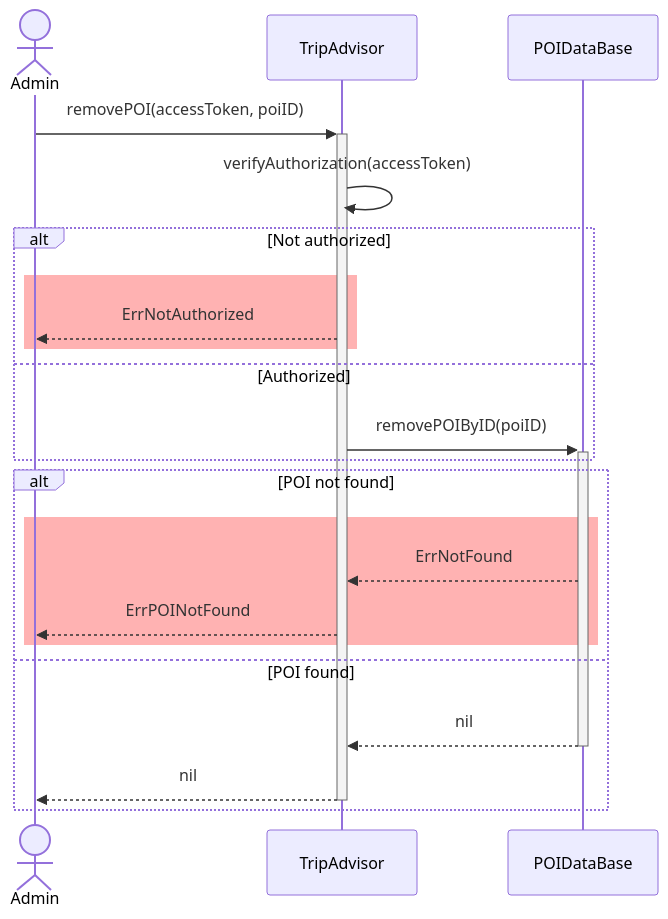
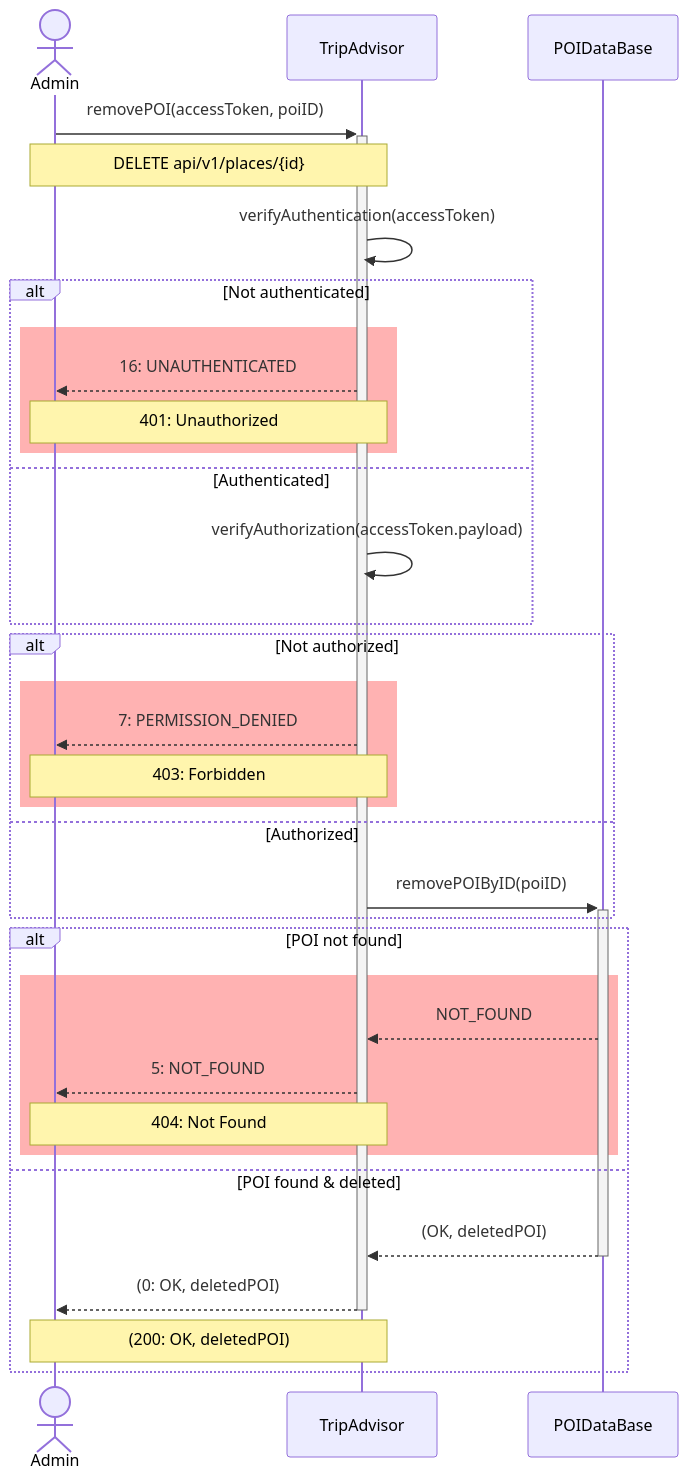
The diagram in uml/src/remove_poi.mmd (d-kv/backend-travel-app), drawn with Mermaid before and after one commit. The commit also changed 16 other files, not shown here.

```diff
--- a/uml/src/remove_poi.mmd
+++ b/uml/src/remove_poi.mmd
@@ -1,29 +1,37 @@
-%% @backgroundColor(Gray)
-
 sequenceDiagram
 	actor Admin as Admin
 	participant Trip as TripAdvisor
 	participant DB as POIDataBase
 
 	Admin->>+Trip: removePOI(accessToken, poiID)
+	Note over Admin,Trip: DELETE api/v1/places/{id}
 
-		Trip->>Trip: verifyAuthorization(accessToken)
+Trip->>Trip: verifyAuthentication(accessToken)
+		alt Not authenticated
+			rect rgba(255, 0, 0, 0.3)
+				Trip-->>Admin: 16: UNAUTHENTICATED
+				Note over Admin,Trip: 401: Unauthorized
+			end
+		else Authenticated
+			Trip->>Trip: verifyAuthorization(accessToken.payload)
+		end
 		alt Not authorized
 			rect rgba(255, 0, 0, 0.3)
-				Trip-->>Admin: ErrNotAuthorized
+				Trip-->>Admin: 7: PERMISSION_DENIED
+				Note over Admin,Trip: 403: Forbidden
 			end
 		else Authorized
 			Trip->>+DB: removePOIByID(poiID)
 		end
 
-
-
 		alt POI not found
 			rect rgba(255, 0, 0, 0.3)
-				DB-->>Trip: ErrNotFound
-				Trip-->>Admin: ErrPOINotFound
+				DB-->>Trip: NOT_FOUND
+				Trip-->>Admin: 5: NOT_FOUND
+				Note over Admin,Trip: 404: Not Found
 			end
-		else POI found
-			DB-->>-Trip: nil
-			Trip-->>-Admin: nil
+		else POI found & deleted
+			DB-->>-Trip: (OK, deletedPOI)
+			Trip-->>-Admin: (0: OK, deletedPOI)
+			Note over Admin,Trip: (200: OK, deletedPOI)
 		end
```
